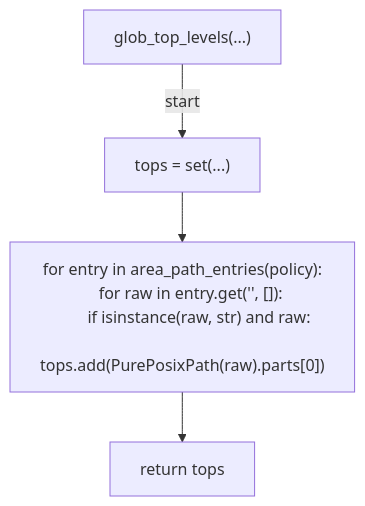
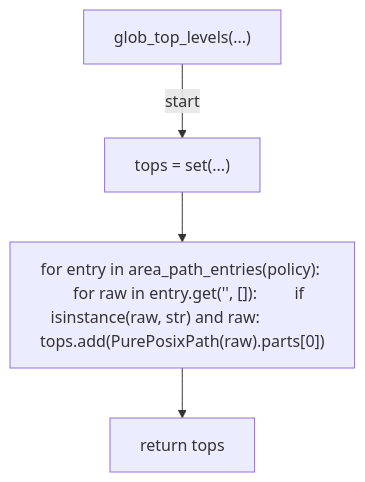
Before and after one commit to tvna/claude-md: the sixth of 12 diagrams in docs/generated/scripts/ast/scan_area_path_coverage.md, drawn with Mermaid. The commit also changed other lines of this file and 29 other files, not shown here.

First line of the commit message:
docs(generated): regenerate decision tree and workflow diagrams (batch 3/5)

````diff
--- a/docs/generated/scripts/ast/scan_area_path_coverage.md
+++ b/docs/generated/scripts/ast/scan_area_path_coverage.md
@@ -65,13 +64,10 @@
 ```mermaid
 flowchart TD
     N001["glob_top_levels(...)"]
     N002["tops = set(...)"]
-    N003["for entry in area_path_entries(policy):
-    for raw in entry.get('<str>', []):
-        if isinstance(raw, str) and raw:
-            tops.add(PurePosixPath(raw).parts[0])"]
+    N003["for entry in area_path_entries(policy):     for raw in entry.get('<str>', []):         if isinstance(raw, str) and raw:             tops.add(PurePosixPath(raw).parts[0])"]
     N004["return tops"]
     N001 -->|"start"| N002
     N002 --> N003
     N003 --> N004
 ```
````
